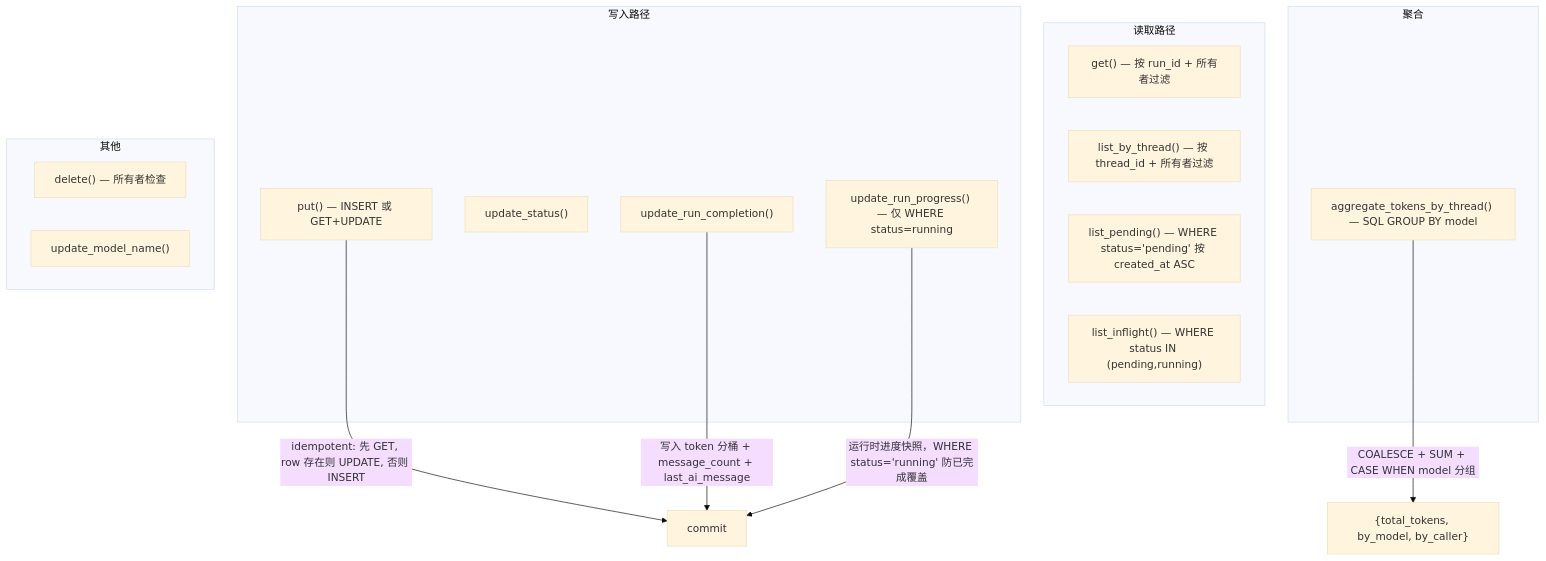
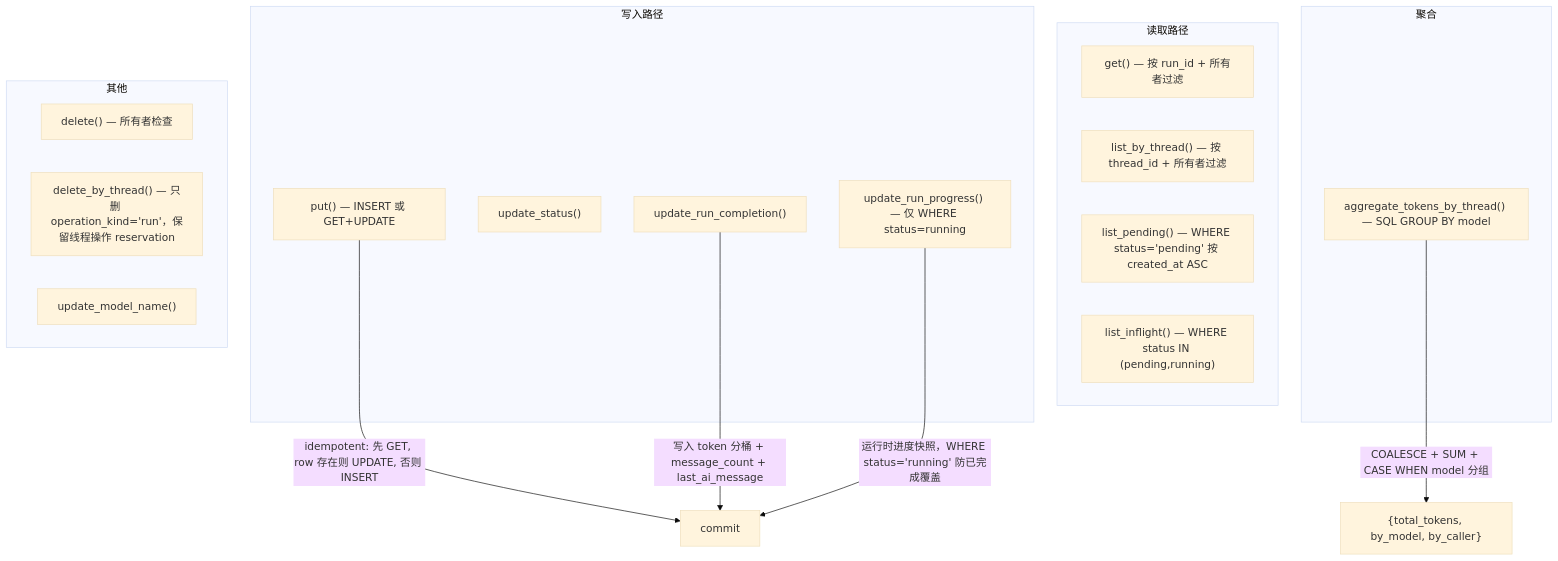
The first of 5 diagrams in _digest/internals/persistence/db-checkpointer-store-backends.md (ethan-jiang-1/deer-flow), drawn with Mermaid (base theme) before and after one commit. The commit also changed other lines of this file and 26 other files, not shown here.

````diff
--- a/_digest/internals/persistence/db-checkpointer-store-backends.md
+++ b/_digest/internals/persistence/db-checkpointer-store-backends.md
@@ -334,30 +336,31 @@
 ```mermaid
 flowchart TD
     subgraph 写入路径
         PUT["put() — INSERT 或 GET+UPDATE"]
         STATUS["update_status()"]
         COMP["update_run_completion()"]
         PROG["update_run_progress() — 仅 WHERE status=running"]
     end
 
     subgraph 读取路径
         GET["get() — 按 run_id + 所有者过滤"]
         LIST["list_by_thread() — 按 thread_id + 所有者过滤"]
         LP["list_pending() — WHERE status='pending' 按 created_at ASC"]
         LI["list_inflight() — WHERE status IN (pending,running)"]
     end
 
     subgraph 聚合
         AGG["aggregate_tokens_by_thread() — SQL GROUP BY model"]
     end
 
     subgraph 其他
         DEL["delete() — 所有者检查"]
+        DBT["delete_by_thread() — 只删 operation_kind='run'，保留线程操作 reservation"]
         MODEL["update_model_name()"]
     end
 
     PUT -->|"idempotent: 先 GET, row 存在则 UPDATE, 否则 INSERT"| COMMIT["commit"]
     COMP -->|"写入 token 分桶 + message_count + last_ai_message"| COMMIT
     PROG -->|"运行时进度快照，WHERE status='running' 防已完成覆盖"| COMMIT
     AGG -->|"COALESCE + SUM + CASE WHEN model 分组"| RESULT["{total_tokens, by_model, by_caller}"]
 ```
````
